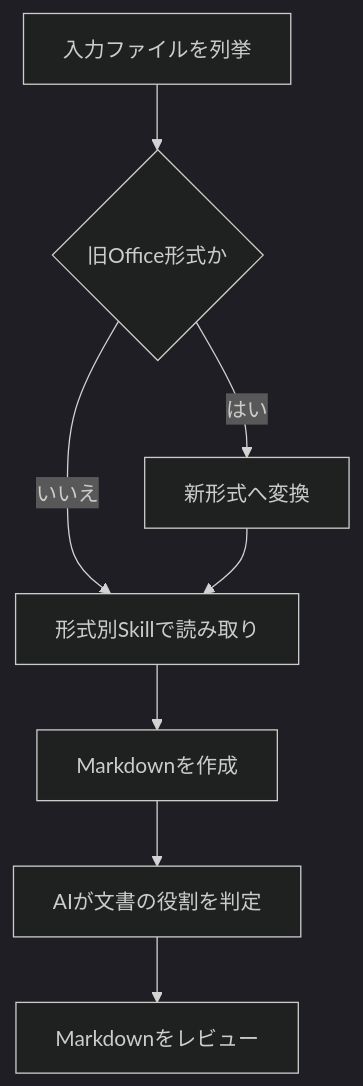
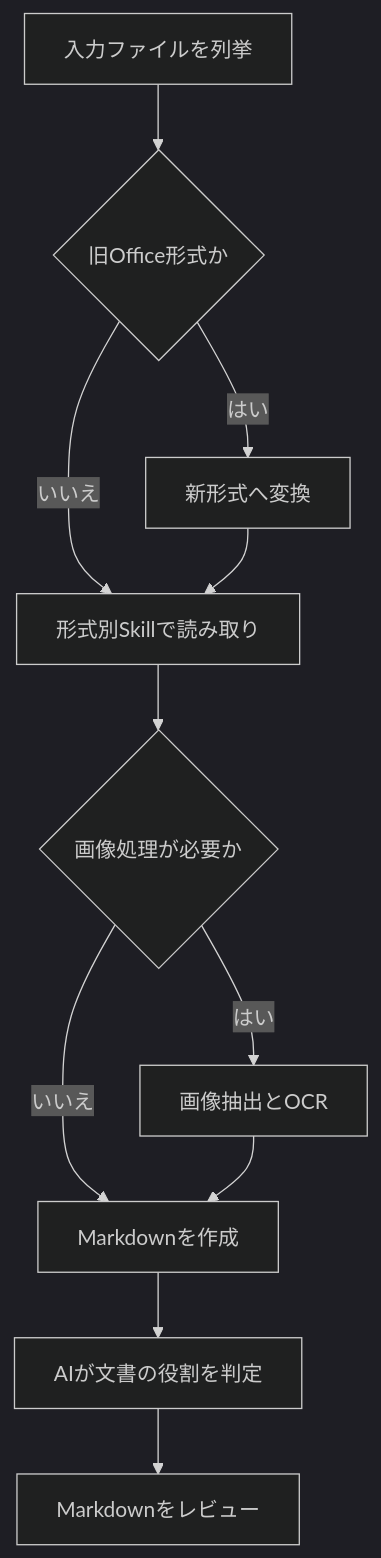
One commit to nyk98dk7nq-oss/CodexSkills-review changed the diagram in README.md. Above: the diagram before and after it, drawn with Mermaid (dark theme). The commit also changed other lines of this file, not shown here.

````diff
--- a/README.md
+++ b/README.md
@@ -224,10 +278,13 @@
 ```mermaid
 flowchart TD
     A[入力ファイルを列挙] --> B{旧Office形式か}
     B -->|はい| C[新形式へ変換]
     B -->|いいえ| D[形式別Skillで読み取り]
     C --> D
-    D --> E[Markdownを作成]
-    E --> F[AIが文書の役割を判定]
-    F --> G[Markdownをレビュー]
+    D --> E{画像処理が必要か}
+    E -->|はい| F[画像抽出とOCR]
+    E -->|いいえ| G[Markdownを作成]
+    F --> G
+    G --> H[AIが文書の役割を判定]
+    H --> I[Markdownをレビュー]
 ```
````
